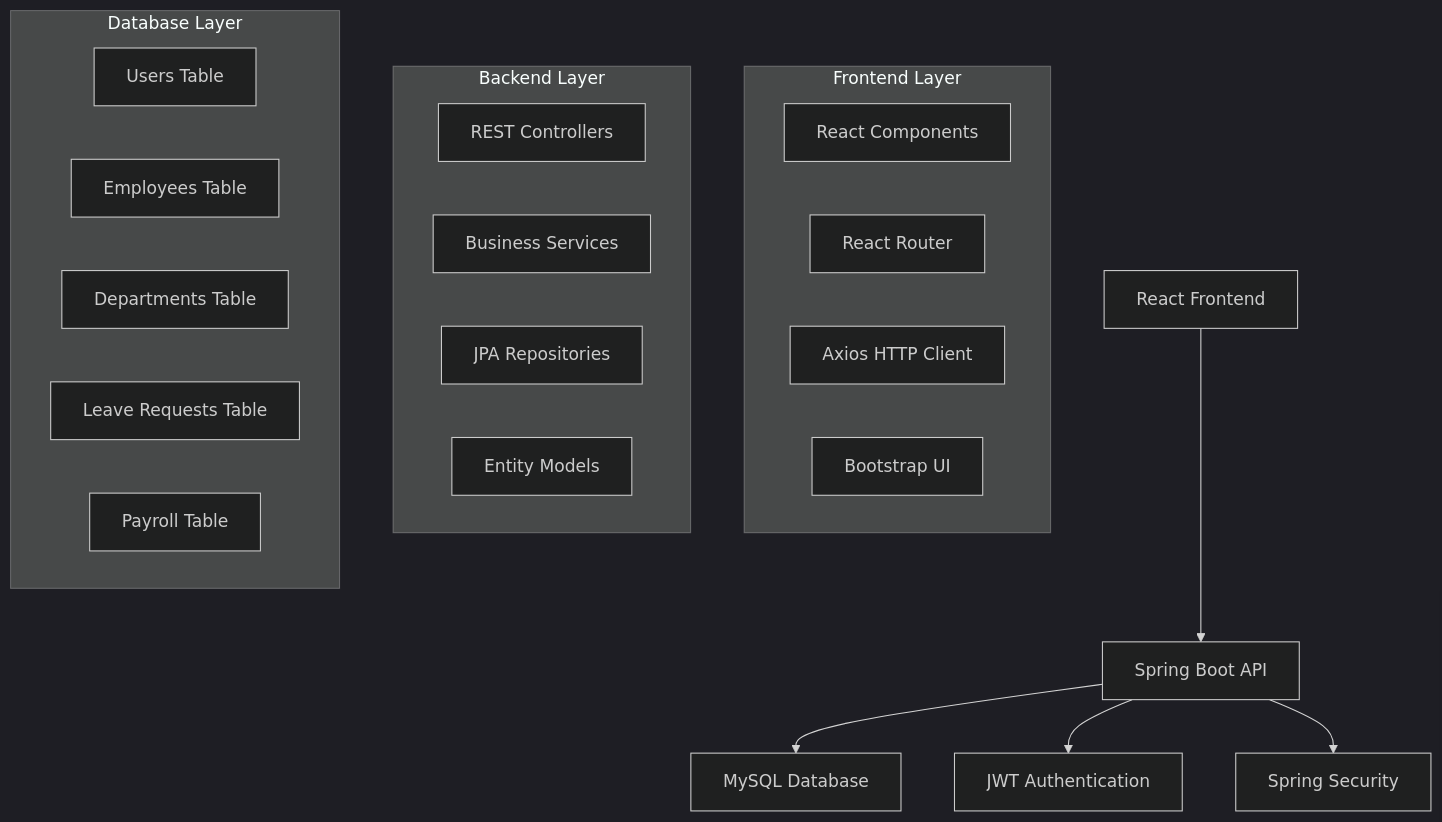
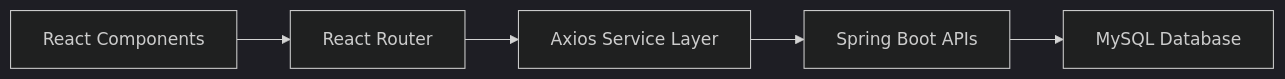
The diagram in README.md (Shruti-Patil04/Employee-Payroll-Management-System-Frontend), drawn with Mermaid (dark theme) before and after one commit. The commit also changed other lines of this file, not shown here.

````diff
--- a/README.md
+++ b/README.md
@@ -73,29 +140,7 @@
 ```mermaid
-graph TB
-    A[React Frontend] --> B[Spring Boot API]
-    B --> C[MySQL Database]
-    B --> D[JWT Authentication]
-    B --> E[Spring Security]
-    
-    subgraph "Frontend Layer"
-        F[React Components]
-        G[React Router]
-        H[Axios HTTP Client]
-        I[Bootstrap UI]
-    end
-    
-    subgraph "Backend Layer"
-        J[REST Controllers]
-        K[Business Services]
-        L[JPA Repositories]
-        M[Entity Models]
-    end
-    
-    subgraph "Database Layer"
-        N[Users Table]
-        O[Employees Table]
-        P[Departments Table]
-        Q[Leave Requests Table]
-        R[Payroll Table]
-    end
+graph LR
+    A[React Components] --> B[React Router]
+    B --> C[Axios Service Layer]
+    C --> D[Spring Boot APIs]
+    D --> E[MySQL Database]
 ```
````
